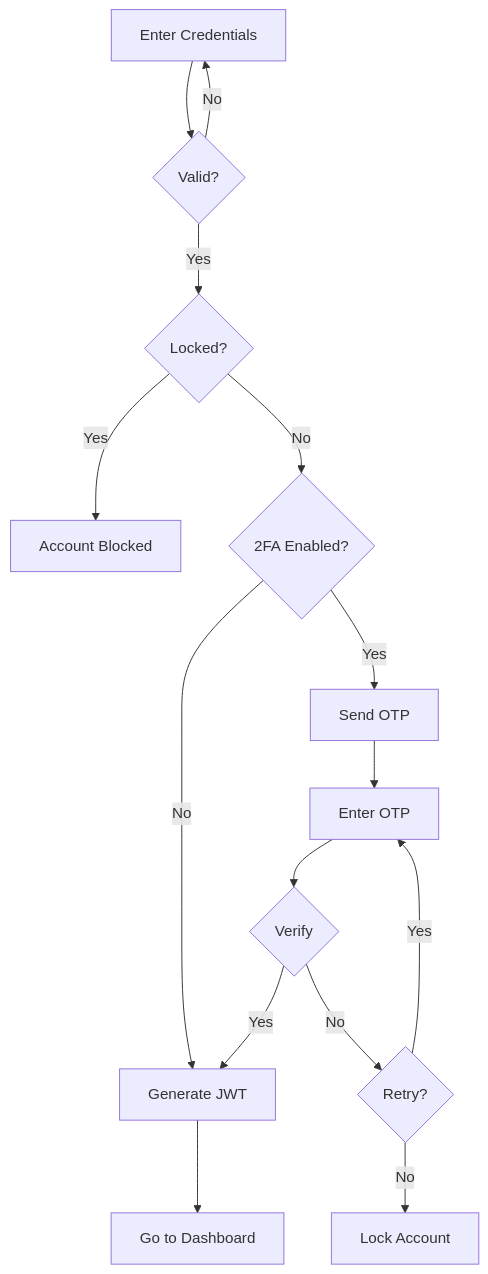
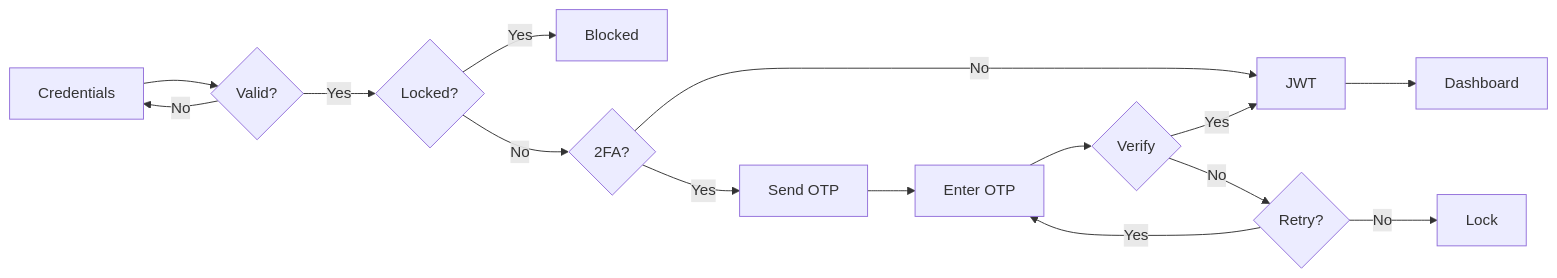
The second of 14 diagrams in docs/workflows.md (coded-with-aryan0426/gym-management-system-fullstack), drawn with Mermaid before and after one commit. The commit also changed other lines of this file and 16 other files, not shown here.

````diff
--- a/docs/workflows.md
+++ b/docs/workflows.md
@@ -34,17 +44,17 @@
 ```mermaid
-flowchart TB
-    A[Enter Credentials] --> B{Valid?}
+flowchart LR
+    A[Credentials] --> B{Valid?}
     B -->|No| A
     B -->|Yes| C{Locked?}
-    C -->|Yes| D[Account Blocked]
-    C -->|No| E{2FA Enabled?}
-    E -->|No| F[Generate JWT]
+    C -->|Yes| D[Blocked]
+    C -->|No| E{2FA?}
+    E -->|No| F[JWT]
     E -->|Yes| G[Send OTP]
     G --> H[Enter OTP]
     H --> I{Verify}
     I -->|No| J{Retry?}
     J -->|Yes| H
-    J -->|No| K[Lock Account]
+    J -->|No| K[Lock]
     I -->|Yes| F
-    F --> L[Go to Dashboard]
+    F --> L[Dashboard]
 ```
````
